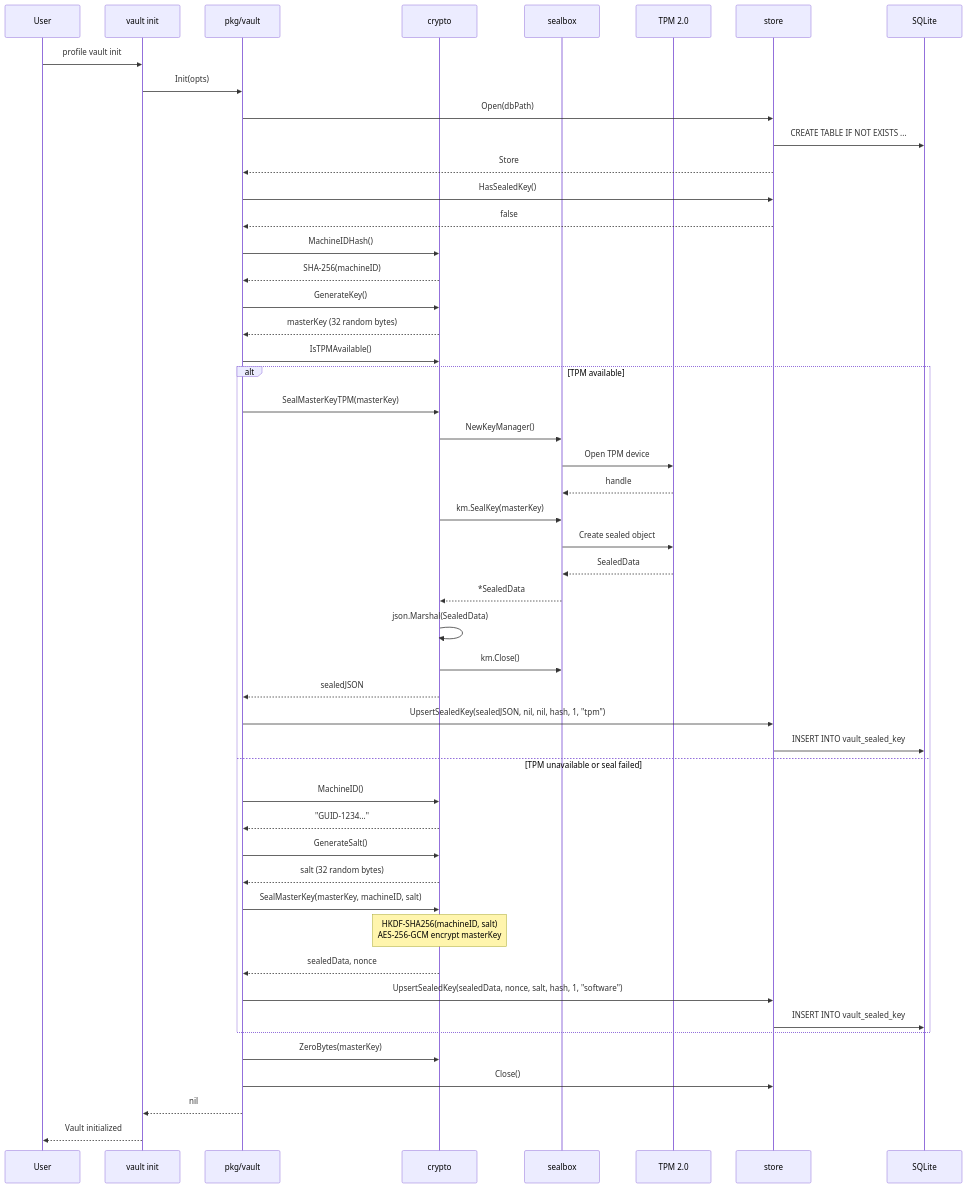
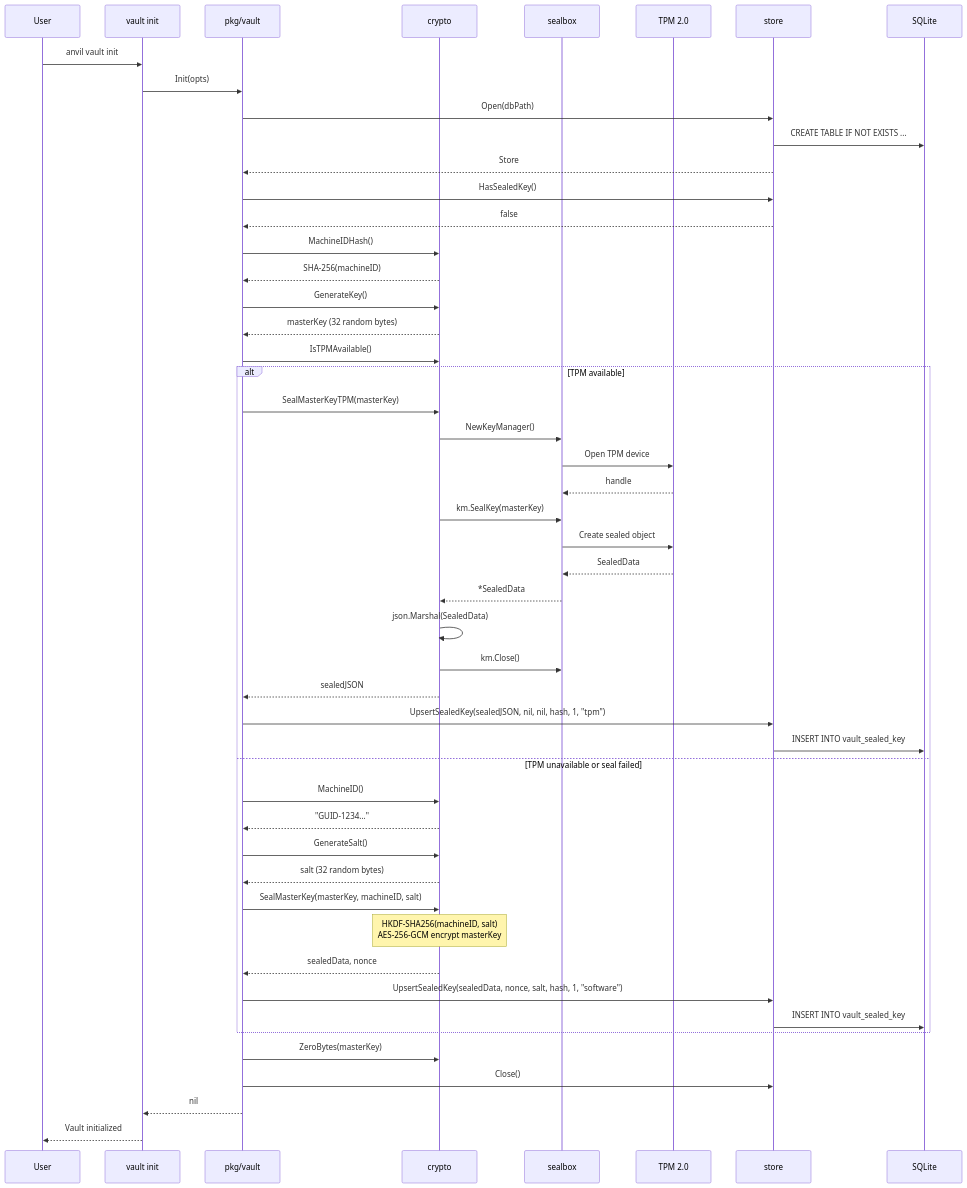
One commit to inovacc/anvil changed the fifth of 15 diagrams in docs/ARCHITECTURE.md. Above: the diagram before and after it, drawn with Mermaid. The commit also changed other lines of this file and 29 other files, not shown here.

First line of the commit message:
refactor: rename project from profile to anvil

````diff
--- a/docs/ARCHITECTURE.md
+++ b/docs/ARCHITECTURE.md
@@ -165,61 +165,61 @@
 ```mermaid
 sequenceDiagram
     participant User
     participant CLI as vault init
     participant V as pkg/vault
     participant C as crypto
     participant SB as sealbox
     participant TPM as TPM 2.0
     participant S as store
     participant DB as SQLite
 
-    User->>CLI: profile vault init
+    User->>CLI: anvil vault init
     CLI->>V: Init(opts)
     V->>S: Open(dbPath)
     S->>DB: CREATE TABLE IF NOT EXISTS ...
     S-->>V: Store
 
     V->>S: HasSealedKey()
     S-->>V: false
 
     V->>C: MachineIDHash()
     C-->>V: SHA-256(machineID)
 
     V->>C: GenerateKey()
     C-->>V: masterKey (32 random bytes)
 
     V->>C: IsTPMAvailable()
 
     alt TPM available
         V->>C: SealMasterKeyTPM(masterKey)
         C->>SB: NewKeyManager()
         SB->>TPM: Open TPM device
         TPM-->>SB: handle
         C->>SB: km.SealKey(masterKey)
         SB->>TPM: Create sealed object
         TPM-->>SB: SealedData
         SB-->>C: *SealedData
         C->>C: json.Marshal(SealedData)
         C->>SB: km.Close()
         C-->>V: sealedJSON
 
         V->>S: UpsertSealedKey(sealedJSON, nil, nil, hash, 1, "tpm")
         S->>DB: INSERT INTO vault_sealed_key
     else TPM unavailable or seal failed
         V->>C: MachineID()
         C-->>V: "GUID-1234..."
         V->>C: GenerateSalt()
         C-->>V: salt (32 random bytes)
         V->>C: SealMasterKey(masterKey, machineID, salt)
         Note over C: HKDF-SHA256(machineID, salt)<br/>AES-256-GCM encrypt masterKey
         C-->>V: sealedData, nonce
 
         V->>S: UpsertSealedKey(sealedData, nonce, salt, hash, 1, "software")
         S->>DB: INSERT INTO vault_sealed_key
     end
 
     V->>C: ZeroBytes(masterKey)
     V->>S: Close()
     V-->>CLI: nil
     CLI-->>User: Vault initialized
 ```
````
